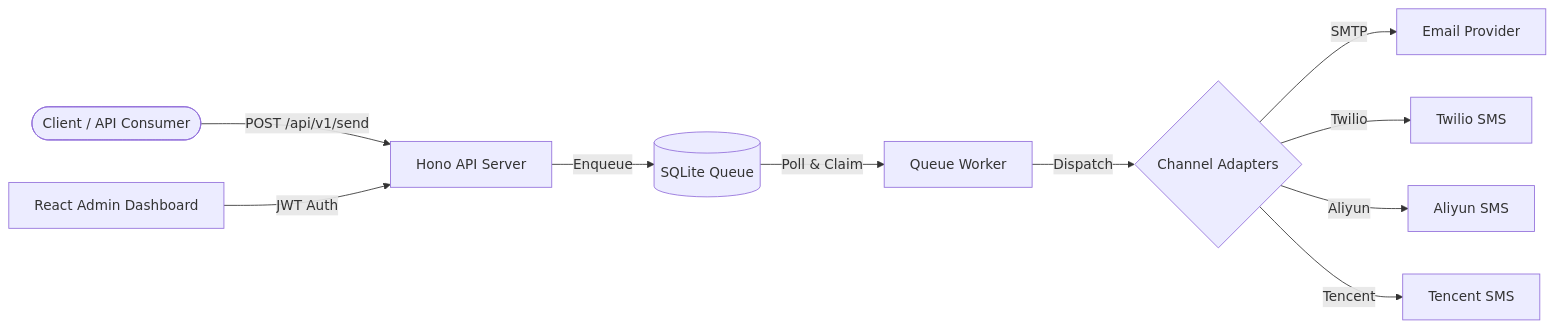
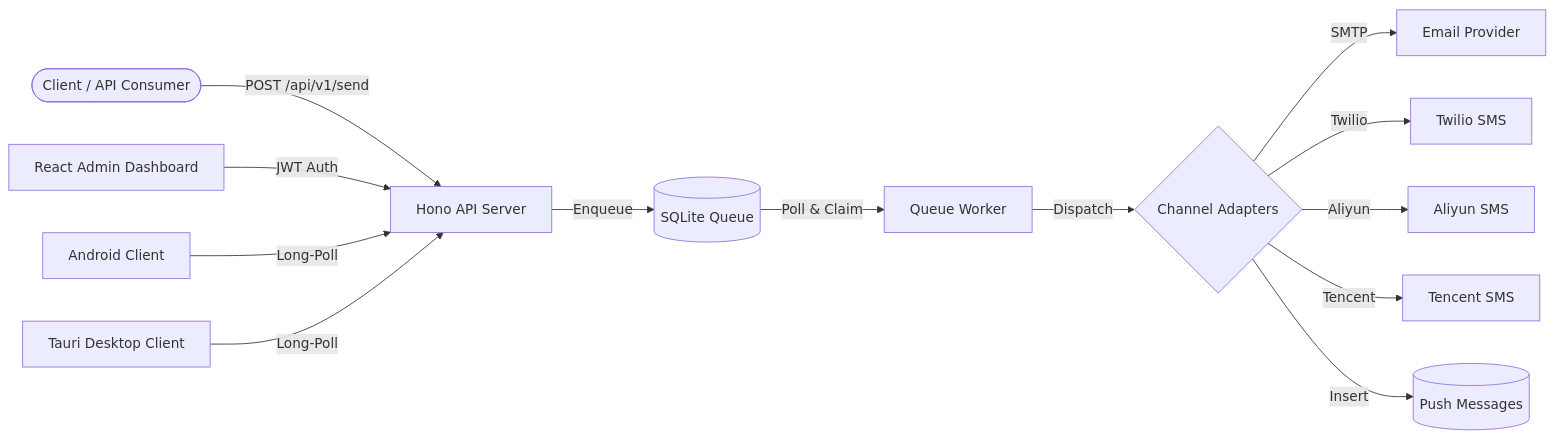
One commit to XUranus/notify-hub changed the diagram in docs/docs/intro.md. Above: the diagram before and after it, drawn with Mermaid. The commit also changed other lines of this file and 11 other files, not shown here.

````diff
--- a/docs/docs/intro.md
+++ b/docs/docs/intro.md
@@ -24,13 +26,16 @@
 ```mermaid
 flowchart LR
     Client([Client / API Consumer]) -->|POST /api/v1/send| API[Hono API Server]
     API -->|Enqueue| Queue[(SQLite Queue)]
     Queue -->|Poll & Claim| Worker[Queue Worker]
     Worker -->|Dispatch| Adapters{Channel Adapters}
     Adapters -->|SMTP| Email[Email Provider]
     Adapters -->|Twilio| SMS1[Twilio SMS]
     Adapters -->|Aliyun| SMS2[Aliyun SMS]
     Adapters -->|Tencent| SMS3[Tencent SMS]
+    Adapters -->|Insert| PushDB[(Push Messages)]
 
     WebUI[React Admin Dashboard] -->|JWT Auth| API
+    Android[Android Client] -->|Long-Poll| API
+    Tauri[Tauri Desktop Client] -->|Long-Poll| API
 ```
````
